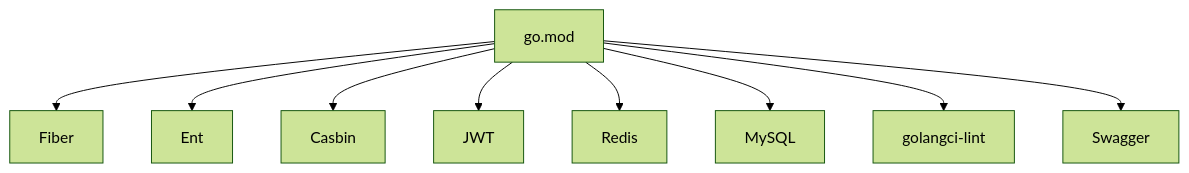
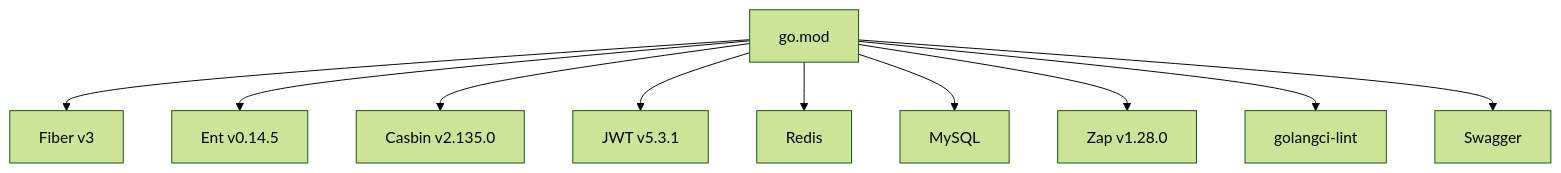
Before and after one commit to wuwuseo/e-sports-go-admin: the seventh of 7 diagrams in .qoder/repowiki/zh/content/项目概述/项目介绍.md, drawn with Mermaid (forest theme). The commit also changed other lines of this file and 42 other files, not shown here.

````diff
--- a/.qoder/repowiki/zh/content/项目概述/项目介绍.md
+++ b/.qoder/repowiki/zh/content/项目概述/项目介绍.md
@@ -334,11 +343,12 @@
 ```mermaid
 graph TB
-GM["go.mod"] --> F["Fiber"]
-GM --> E["Ent"]
-GM --> C["Casbin"]
-GM --> J["JWT"]
+GM["go.mod"] --> F["Fiber v3"]
+GM --> E["Ent v0.14.5"]
+GM --> C["Casbin v2.135.0"]
+GM --> J["JWT v5.3.1"]
 GM --> R["Redis"]
 GM --> M["MySQL"]
+GM --> Z["Zap v1.28.0"]
 GM --> L["golangci-lint"]
 GM --> S["Swagger"]
 ```
````
